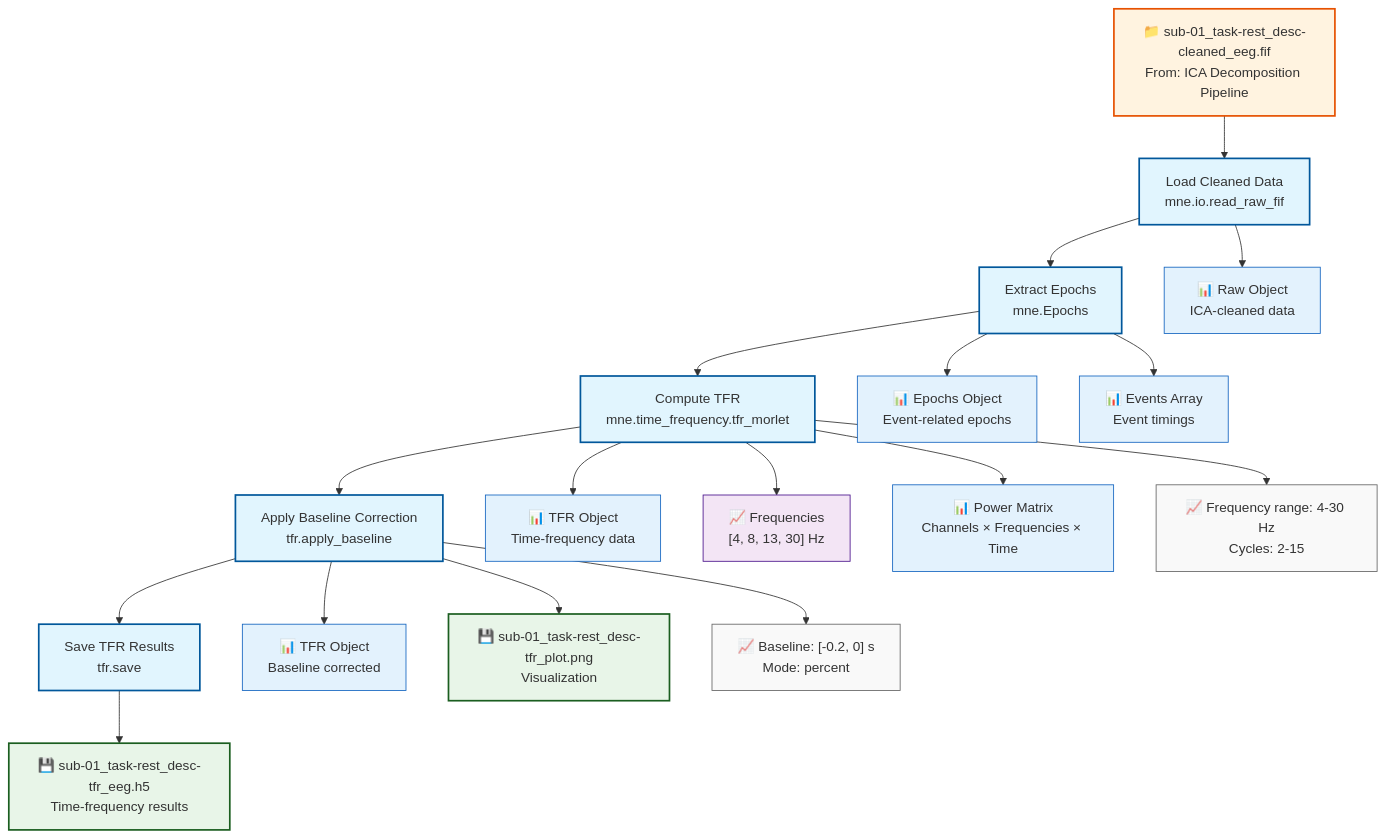
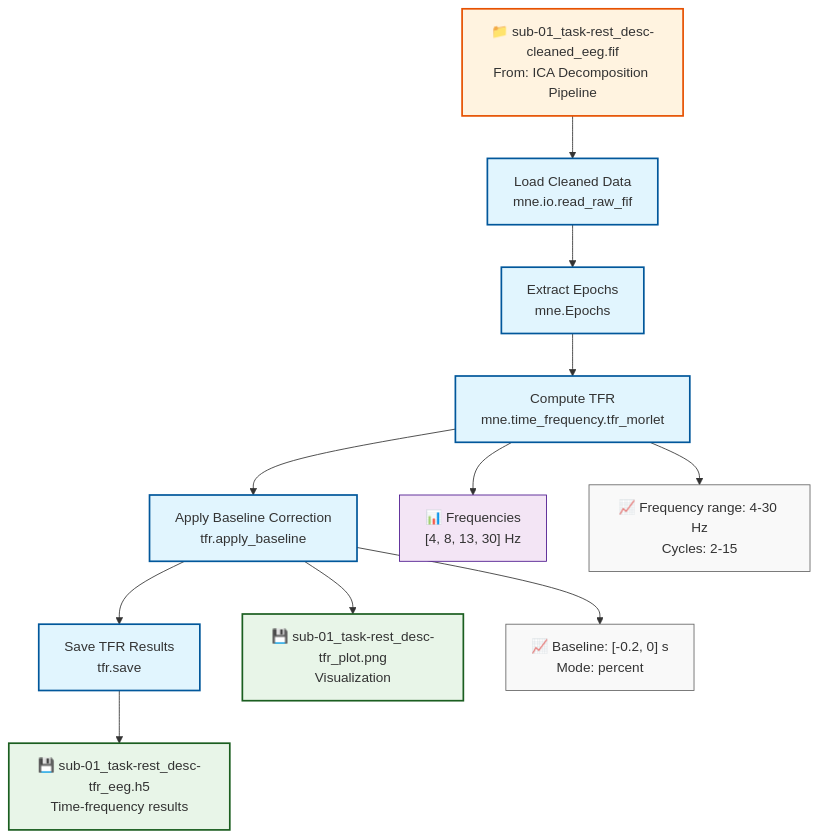
The diagram in docs/examples/time_frequency_mne.md (signalJourney/signalJourney), drawn with Mermaid before and after one commit. The commit also changed 11 other files, not shown here.

````diff
--- a/docs/examples/time_frequency_mne.md
+++ b/docs/examples/time_frequency_mne.md
@@ -16,44 +16,34 @@
 ```mermaid
 flowchart TD
     A[Load Cleaned Data<br/>mne.io.read_raw_fif] --> B[Extract Epochs<br/>mne.Epochs]
     B --> C[Compute TFR<br/>mne.time_frequency.tfr_morlet]
     C --> D[Apply Baseline Correction<br/>tfr.apply_baseline]
     D --> E[Save TFR Results<br/>tfr.save]
     
-    %% Input from previous pipeline
+    %% Input file
     F["📁 sub-01_task-rest_desc-cleaned_eeg.fif<br/>From: ICA Decomposition Pipeline"] --> A
     
-    %% Intermediate outputs
-    A --> A1["📊 Raw Object<br/>ICA-cleaned data"]
-    B --> B1["📊 Epochs Object<br/>Event-related epochs"]
-    C --> C1["📊 TFR Object<br/>Time-frequency data"]
-    D --> D1["📊 TFR Object<br/>Baseline corrected"]
-    
-    %% Variables and data
-    B --> V1["📊 Events Array<br/>Event timings"]
-    C --> V2["📈 Frequencies<br/>[4, 8, 13, 30] Hz"]
-    C --> V3["📊 Power Matrix<br/>Channels × Frequencies × Time"]
+    %% Inline data
+    C --> V2["📊 Frequencies<br/>[4, 8, 13, 30] Hz"]
     
     %% Final outputs
     E --> G["💾 sub-01_task-rest_desc-tfr_eeg.h5<br/>Time-frequency results"]
     D --> H["💾 sub-01_task-rest_desc-tfr_plot.png<br/>Visualization"]
     
     %% Quality metrics
     C --> Q1["📈 Frequency range: 4-30 Hz<br/>Cycles: 2-15"]
     D --> Q2["📈 Baseline: [-0.2, 0] s<br/>Mode: percent"]
 
     %% Styling
     classDef processStep fill:#e1f5fe,stroke:#01579b,stroke-width:2px
     classDef inputFile fill:#fff3e0,stroke:#e65100,stroke-width:2px
     classDef outputFile fill:#e8f5e8,stroke:#1b5e20,stroke-width:2px
-    classDef inMemoryData fill:#e3f2fd,stroke:#1565c0,stroke-width:1px
     classDef inlineData fill:#f3e5f5,stroke:#4a148c,stroke-width:1px
     classDef qualityMetric fill:#f9f9f9,stroke:#666,stroke-width:1px
 
     class A,B,C,D,E processStep
     class F inputFile
     class G,H outputFile
-    class A1,B1,C1,D1,V1,V3 inMemoryData
     class V2 inlineData
     class Q1,Q2 qualityMetric
 ```
````
